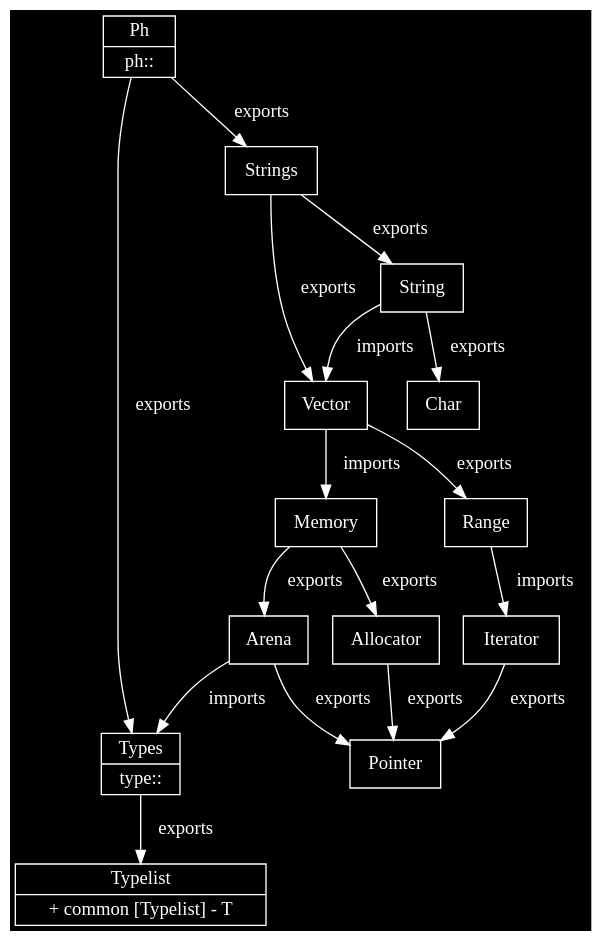
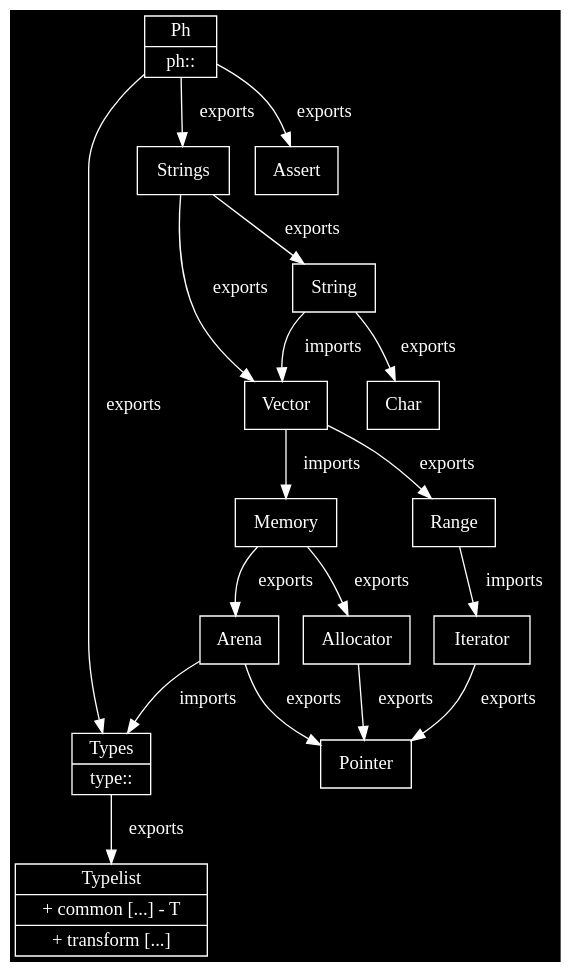
One commit to phiwen96/ph changed the second of 10 diagrams in README.md. Above: the diagram before and after it, drawn with Graphviz. The commit also changed 7 other files, not shown here.

````diff
--- a/README.md
+++ b/README.md
@@ -93,49 +93,51 @@
 ```graphviz
 digraph structs 
 {
 	compound=true;
 	graph [bgcolor=black fontcolor=white color=white];
 	node [fillcolor=black style=filled color=white fontcolor=white];
 	edge [color=white fontcolor=white];
 
 	Ph [shape = record, label = "{Ph| {ph::}}"]
 	Types [shape = record, label = "{Types| {type::}}"]
 	Memory [shape = record, label = "{Memory}"]
 	Allocator [shape = record, label = "{Allocator}"]
 	Arena [shape = record, label = "{Arena}"]
 
 	String [shape = record, label = "{String}"]
 
 	Strings [shape = record, label = "{Strings}"]
 
 	Vector [shape = record, label = "{Vector}"]
 
 	Range [shape = record, label = "{Range}"]
 
 	Char [shape = record, label = "{Char}"]
 
 	Iterator [shape = record, label = "{Iterator}"]
 	Pointer [shape = record, label = "{Pointer}"]
-	Typelist [shape = record, label = "{Typelist | {+ common [Typelist] - T}}"]
+	Assert [shape = record, label = "{Assert}"]
+	Typelist [shape = record, label = "{Typelist | {+ common [...] - T} | {+ transform [...]}}"]
 
 
 
 	"Memory" -> "Arena" [shape = record, label = "  exports"]
 	"Arena" -> "Types" [shape = record, label = "  imports"]
 	"Memory" -> "Allocator" [shape = record, label = "  exports"]
 	"Arena" -> "Pointer" [shape = record, label = "  exports"]
 	"Iterator" -> "Pointer" [shape = record, label = "  exports"]
 	"Allocator" -> "Pointer" [shape = record, label = "  exports"]
 	"Range" -> "Iterator" [shape = record, label = "  imports"]
 	"Strings" -> "String" [shape = record, label = "  exports"]
 	"Vector" -> "Range" [shape = record, label = "  exports"]
 	"Vector" -> "Memory" [shape = record, label = "  imports"]
 	"String" -> Char [label = "  exports"]
 	"String" -> "Vector" [label = "  imports"]
 	"Strings" -> "Vector" [label = "  exports"]
 	"Ph" -> "Strings" [label = "  exports"]
+	"Ph" -> "Assert" [label = "  exports"]
 
 	"Types" -> "Typelist" [label = "  exports"]
 	"Ph" -> "Types" [label = "  exports"]
 }
 ```
````
